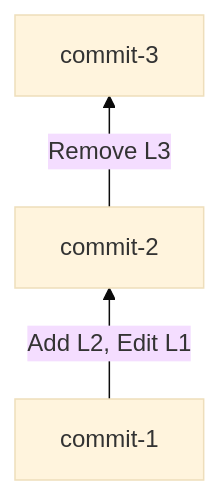
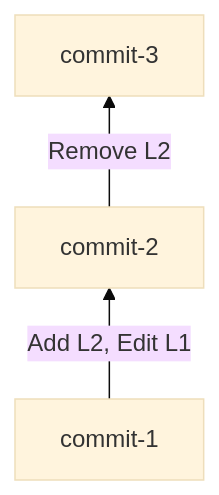
One commit to agabhinav/git-basics changed the sixth of 9 diagrams in README.md. Above: the diagram before and after it, drawn with Mermaid (base theme). The commit also changed other lines of this file, not shown here.

````diff
--- a/README.md
+++ b/README.md
@@ -273,4 +273,4 @@
 ```mermaid
 graph BT;
-    A[commit-1] -->|Add L2, Edit L1 | B[commit-2] -->|Remove L3 | C[commit-3]
+    A[commit-1] -->|Add L2, Edit L1 | B[commit-2] -->|Remove L2 | C[commit-3]
 ```
````
